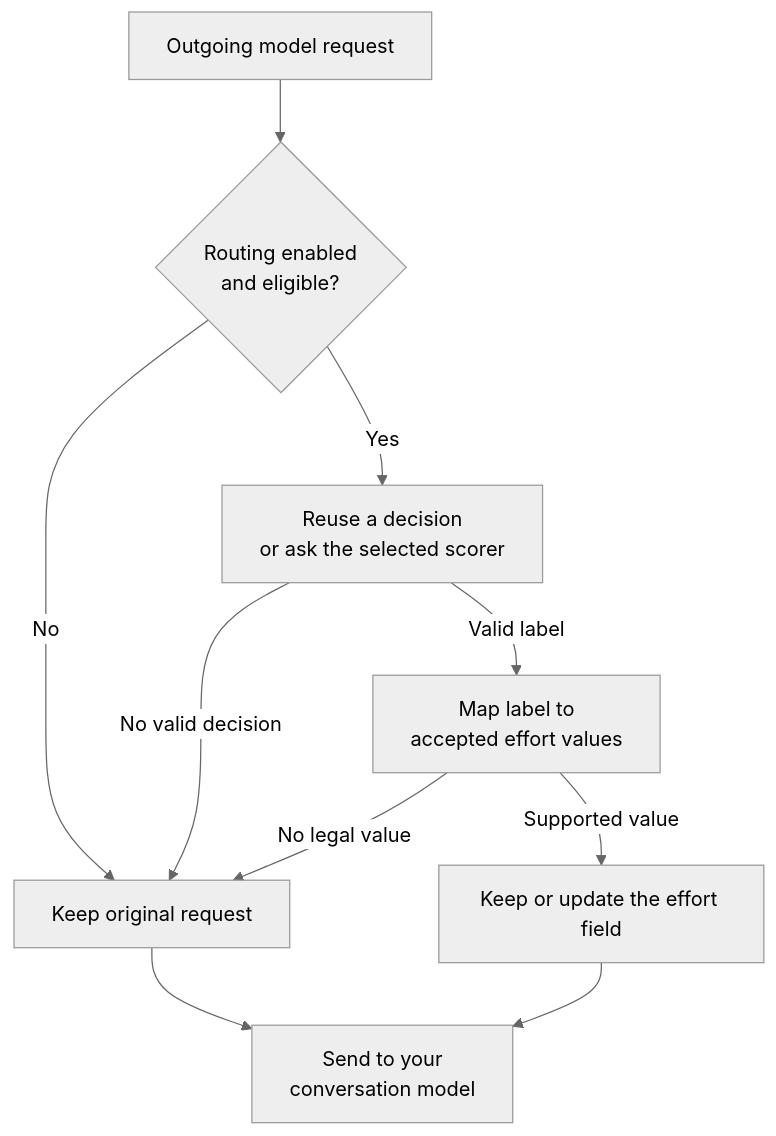
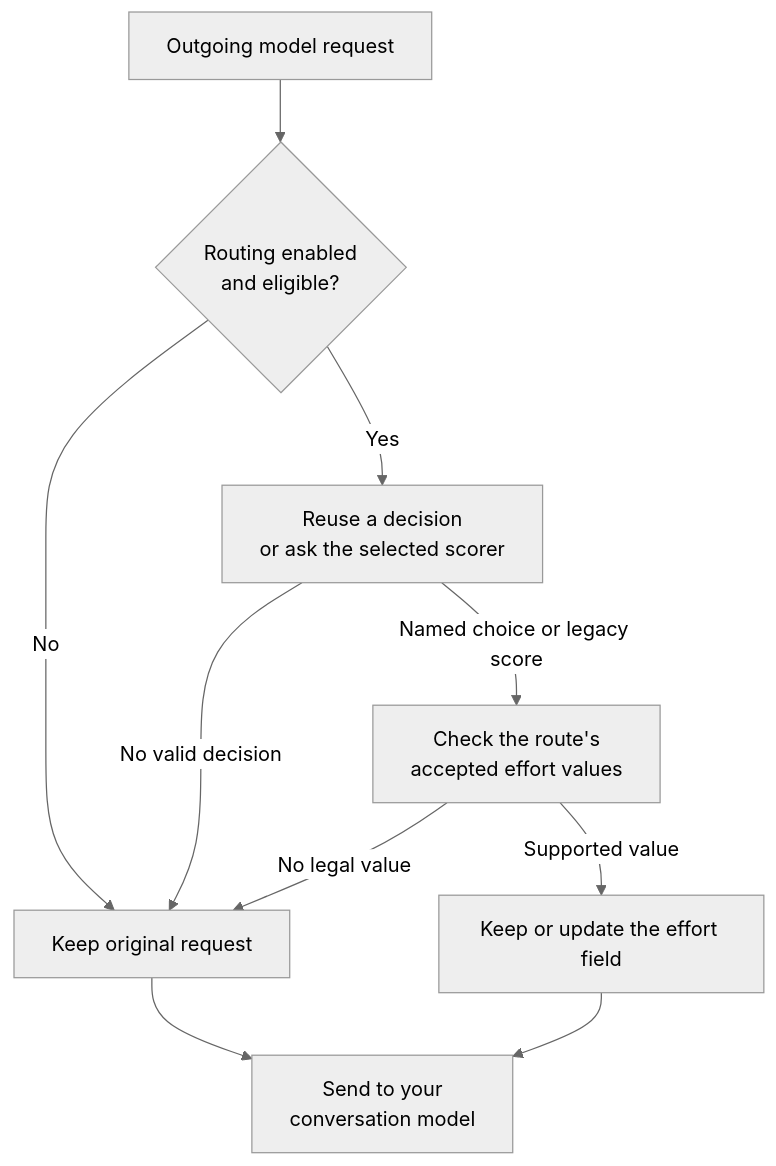
Before and after one commit to atostivint/hermes-adaptive-effort: the diagram in README.md, drawn with Mermaid (neutral theme). The commit also changed other lines of this file and 100 other files, not shown here.

First line of the commit message:
release: v0.3.0 pre-release — route-aware effort choices and conversation history (#9)

````diff
--- a/README.md
+++ b/README.md
@@ -81,12 +83,12 @@
 ```mermaid
 flowchart TD
     A["Outgoing model request"] --> B{"Routing enabled<br/>and eligible?"}
     B -->|"No"| U["Keep original request"]
     B -->|"Yes"| D["Reuse a decision<br/>or ask the selected scorer"]
     D -->|"No valid decision"| U
-    D -->|"Valid label"| C["Map label to<br/>accepted effort values"]
+    D -->|"Named choice or legacy score"| C["Check the route's<br/>accepted effort values"]
     C -->|"No legal value"| U
     C -->|"Supported value"| R["Keep or update the effort field"]
     R --> M["Send to your<br/>conversation model"]
     U --> M
 ```
````
